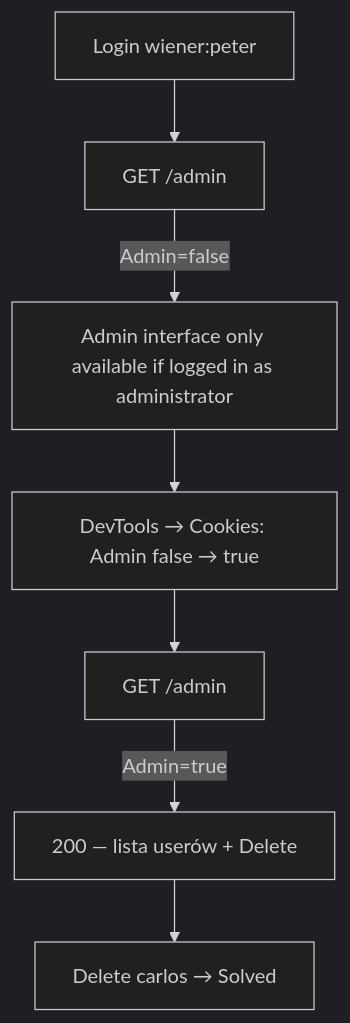
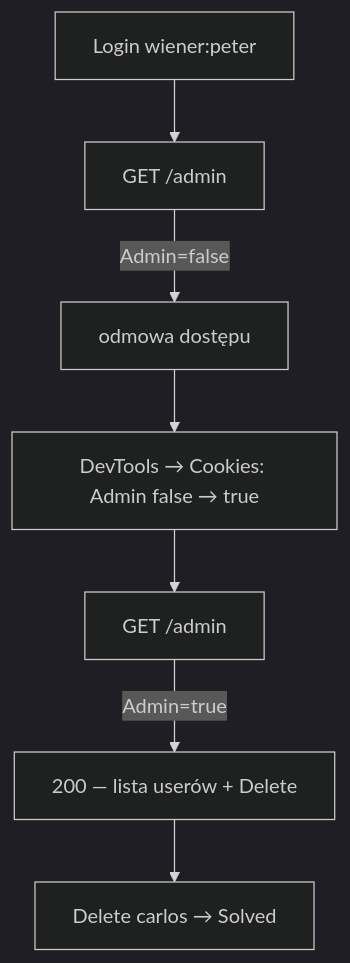
Before and after one commit to DrCondor/portswigger-labs: the diagram in access-control/03-user-role-controlled-by-request-parameter.md, drawn with Mermaid (dark theme). The commit also changed other lines of this file and 26 other files, not shown here.

````diff
--- a/access-control/03-user-role-controlled-by-request-parameter.md
+++ b/access-control/03-user-role-controlled-by-request-parameter.md
@@ -60,9 +39,9 @@
 ```mermaid
 flowchart TD
     A[Login wiener:peter] --> B[GET /admin]
-    B -->|Admin=false| C["Admin interface only available if logged in as administrator"]
+    B -->|Admin=false| C["odmowa dostępu"]
     C --> D[DevTools → Cookies: Admin false → true]
     D --> E[GET /admin]
     E -->|Admin=true| F[200 — lista userów + Delete]
     F --> G[Delete carlos → Solved]
 ```
````
